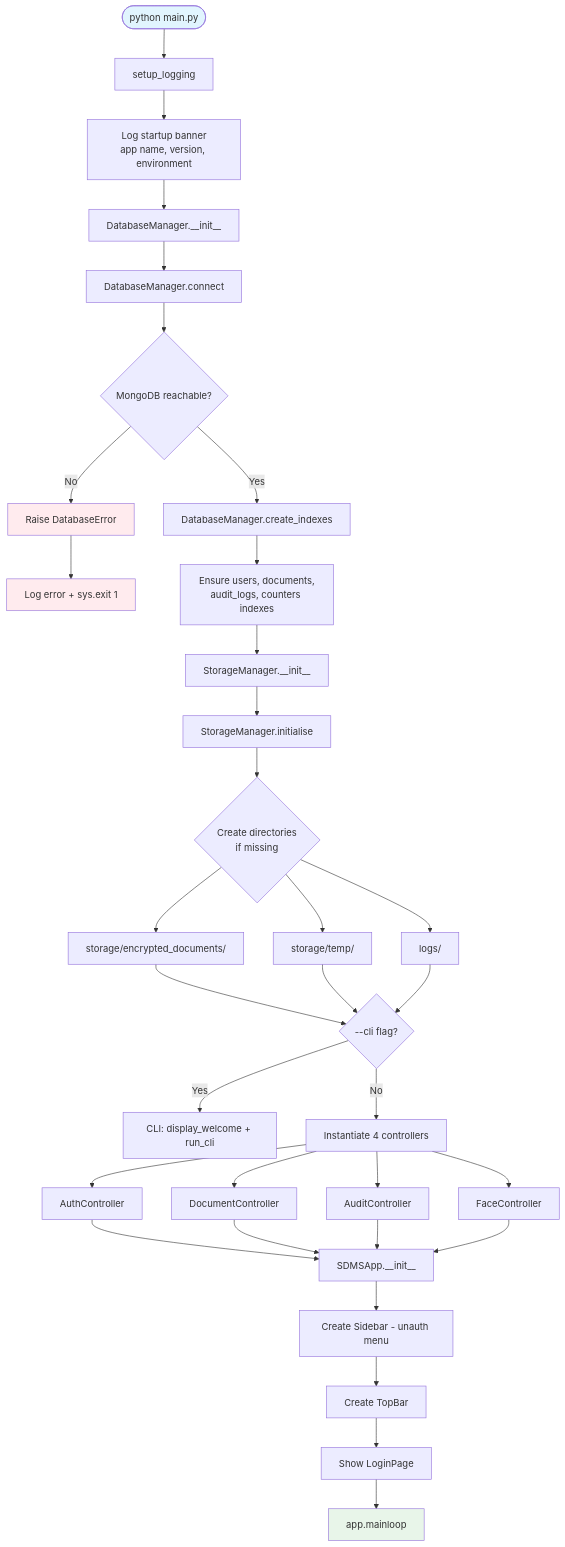
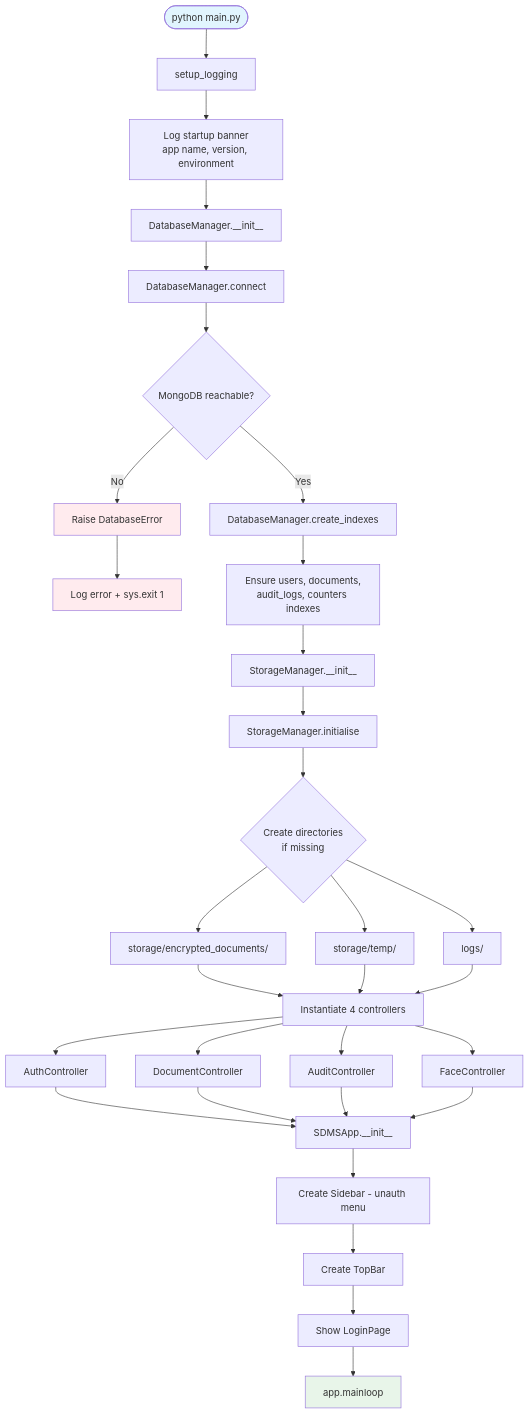
Before and after one commit to aroojfatima-codes/Secure-Document-Management: the first of 12 diagrams in Documentation/PROJECT_WORKFLOW.md, drawn with Mermaid. The commit also changed 50 other files, not shown here.

````diff
--- a/Documentation/PROJECT_WORKFLOW.md
+++ b/Documentation/PROJECT_WORKFLOW.md
@@ -28,47 +28,45 @@
 ```mermaid
 flowchart TD
     A([python main.py]) --> B[setup_logging]
     B --> C[Log startup banner<br>app name, version, environment]
     C --> D[DatabaseManager.__init__]
     D --> E[DatabaseManager.connect]
     E --> F{MongoDB reachable?}
 
     F -->|No| G[Raise DatabaseError]
     G --> H[Log error + sys.exit 1]
 
     F -->|Yes| I[DatabaseManager.create_indexes]
     I --> J[Ensure users, documents,<br>audit_logs, counters indexes]
 
     J --> K[StorageManager.__init__]
     K --> L[StorageManager.initialise]
     L --> M{Create directories<br>if missing}
     M --> N[storage/encrypted_documents/]
     M --> O[storage/temp/]
     M --> P[logs/]
 
-    N --> Q{--cli flag?}
+    N --> Q[Instantiate 4 controllers]
     O --> Q
     P --> Q
 
-    Q -->|Yes| R[CLI: display_welcome + run_cli]
-    Q -->|No| S[Instantiate 4 controllers]
-    S --> T[AuthController]
-    S --> U[DocumentController]
-    S --> V[AuditController]
-    S --> W[FaceController]
+    Q --> R[AuthController]
+    Q --> S[DocumentController]
+    Q --> T[AuditController]
+    Q --> U[FaceController]
 
-    T --> X[SDMSApp.__init__]
-    U --> X
-    V --> X
-    W --> X
+    R --> V[SDMSApp.__init__]
+    S --> V
+    T --> V
+    U --> V
 
-    X --> Y[Create Sidebar - unauth menu]
-    Y --> Z[Create TopBar]
-    Z --> AA[Show LoginPage]
-    AA --> AB[app.mainloop]
+    V --> W[Create Sidebar - unauth menu]
+    W --> X[Create TopBar]
+    X --> Y[Show LoginPage]
+    Y --> Z[app.mainloop]
 
     style A fill:#e1f5fe
     style G fill:#ffebee
     style H fill:#ffebee
-    style AB fill:#e8f5e9
+    style Z fill:#e8f5e9
 ```
````
